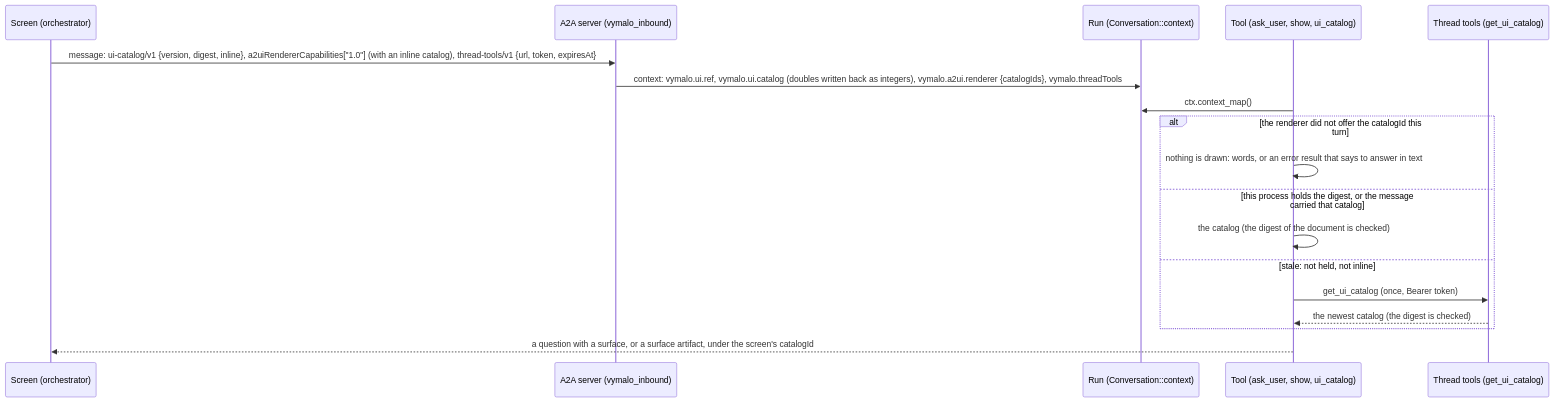
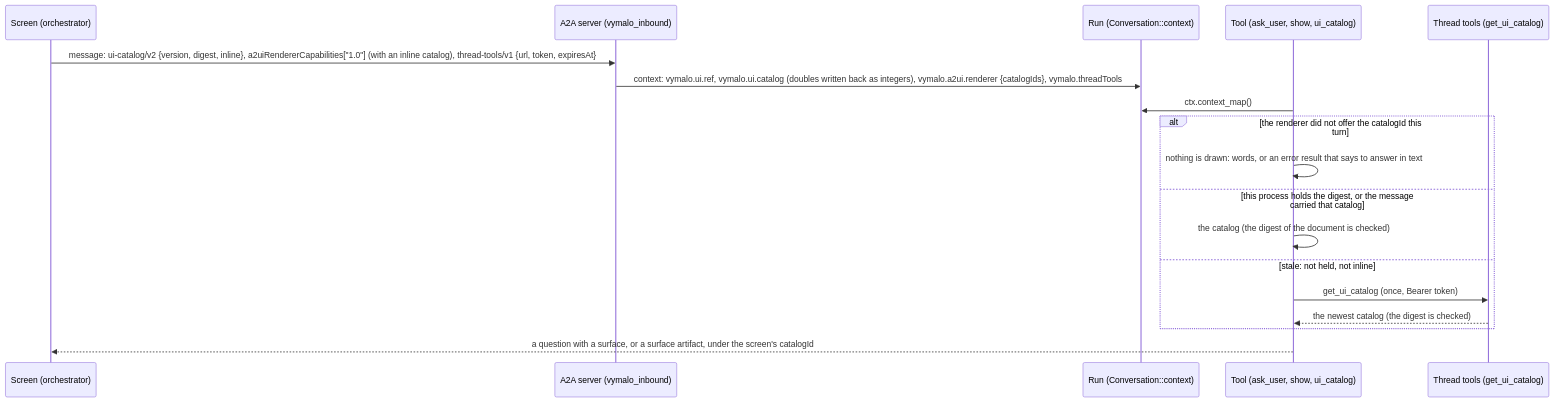
Before and after one commit to vymalo/another-adam-rs: the first of 2 diagrams in crates/adam-ui/README.md, drawn with Mermaid. The commit also changed other lines of this file and 28 other files, not shown here.

````diff
--- a/crates/adam-ui/README.md
+++ b/crates/adam-ui/README.md
@@ -351,20 +351,20 @@
 ```mermaid
 sequenceDiagram
     participant S as Screen (orchestrator)
     participant A as A2A server (vymalo_inbound)
     participant R as Run (Conversation::context)
     participant T as Tool (ask_user, show, ui_catalog)
     participant E as Thread tools (get_ui_catalog)
-    S->>A: message: ui-catalog/v1 {version, digest, inline}, a2uiRendererCapabilities["1.0"] (with an inline catalog), thread-tools/v1 {url, token, expiresAt}
+    S->>A: message: ui-catalog/v2 {version, digest, inline}, a2uiRendererCapabilities["1.0"] (with an inline catalog), thread-tools/v1 {url, token, expiresAt}
     A->>R: context: vymalo.ui.ref, vymalo.ui.catalog (doubles written back as integers), vymalo.a2ui.renderer {catalogIds}, vymalo.threadTools
     T->>R: ctx.context_map()
     alt the renderer did not offer the catalogId this turn
         T->>T: nothing is drawn: words, or an error result that says to answer in text
     else this process holds the digest, or the message carried that catalog
         T->>T: the catalog (the digest of the document is checked)
     else stale: not held, not inline
         T->>E: get_ui_catalog (once, Bearer token)
         E-->>T: the newest catalog (the digest is checked)
     end
     T-->>S: a question with a surface, or a surface artifact, under the screen's catalogId
 ```
````
